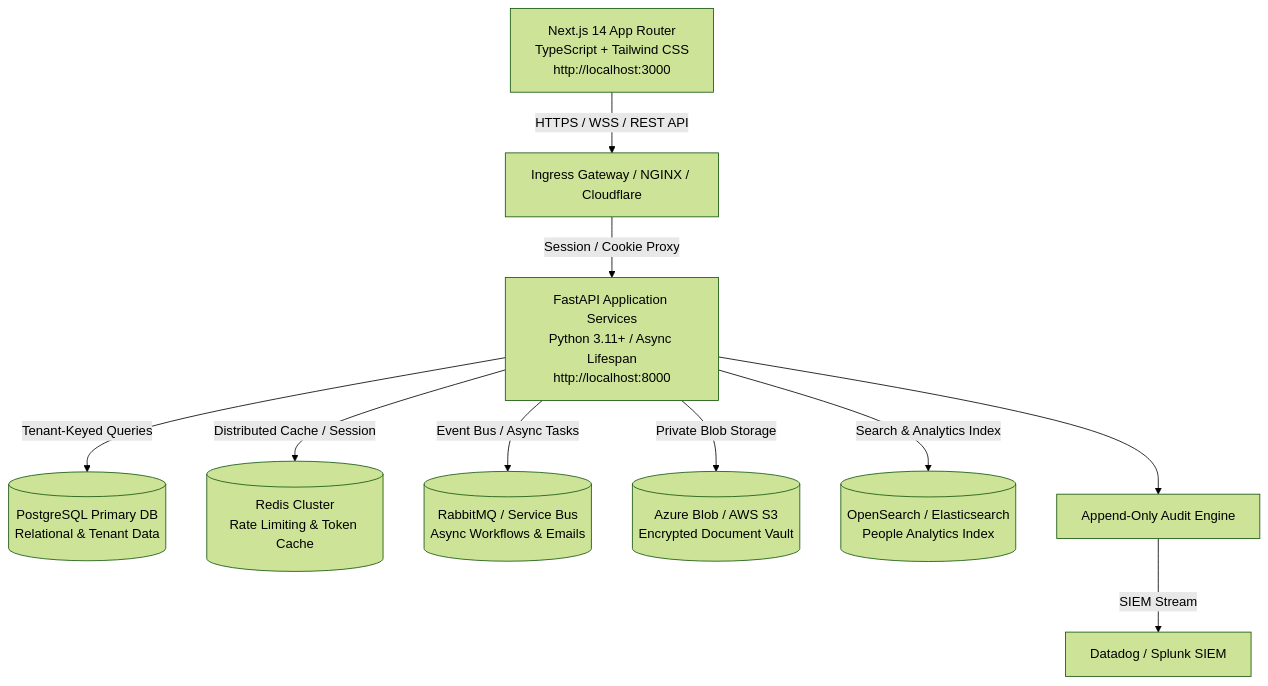
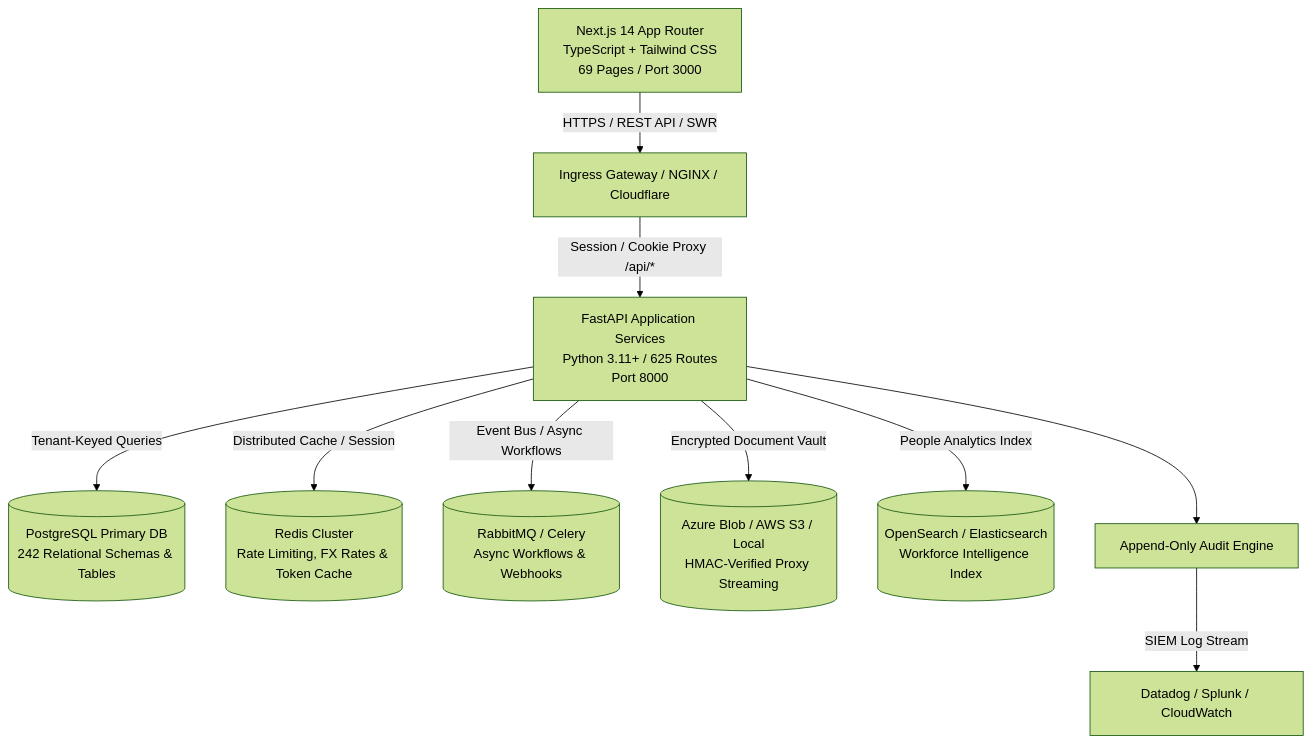
One commit to Raymonddinesh/zeramai-hr changed the first of 7 diagrams in ARCHITECTURE.md. Above: the diagram before and after it, drawn with Mermaid (forest theme). The commit also changed other lines of this file and 4 other files, not shown here.

Commit message:
Docs: Update system architecture specification, complete step-by-step operations guide, technical documentation, and release notes for v2.1.0

````diff
--- a/ARCHITECTURE.md
+++ b/ARCHITECTURE.md
@@ -14,14 +18,14 @@
 ```mermaid
 graph TD
-    Client[Next.js 14 App Router\nTypeScript + Tailwind CSS\nhttp://localhost:3000] -->|HTTPS / WSS / REST API| Ingress[Ingress Gateway / NGINX / Cloudflare]
-    Ingress -->|Session / Cookie Proxy| API[FastAPI Application Services\nPython 3.11+ / Async Lifespan\nhttp://localhost:8000]
+    Client[Next.js 14 App Router\nTypeScript + Tailwind CSS\n69 Pages / Port 3000] -->|HTTPS / REST API / SWR| Ingress[Ingress Gateway / NGINX / Cloudflare]
+    Ingress -->|Session / Cookie Proxy /api/*| API[FastAPI Application Services\nPython 3.11+ / 625 Routes\nPort 8000]
     
-    API -->|Tenant-Keyed Queries| DB[(PostgreSQL Primary DB\nRelational & Tenant Data)]
-    API -->|Distributed Cache / Session| Cache[(Redis Cluster\nRate Limiting & Token Cache)]
-    API -->|Event Bus / Async Tasks| Queue[(RabbitMQ / Service Bus\nAsync Workflows & Emails)]
-    API -->|Private Blob Storage| ObjectStore[(Azure Blob / AWS S3\nEncrypted Document Vault)]
-    API -->|Search & Analytics Index| Search[(OpenSearch / Elasticsearch\nPeople Analytics Index)]
+    API -->|Tenant-Keyed Queries| DB[(PostgreSQL Primary DB\n242 Relational Schemas & Tables)]
+    API -->|Distributed Cache / Session| Cache[(Redis Cluster\nRate Limiting, FX Rates & Token Cache)]
+    API -->|Event Bus / Async Workflows| Queue[(RabbitMQ / Celery\nAsync Workflows & Webhooks)]
+    API -->|Encrypted Document Vault| ObjectStore[(Azure Blob / AWS S3 / Local\nHMAC-Verified Proxy Streaming)]
+    API -->|People Analytics Index| Search[(OpenSearch / Elasticsearch\nWorkforce Intelligence Index)]
 
-    AuditEngine[Append-Only Audit Engine] -->|SIEM Stream| SIEM[Datadog / Splunk SIEM]
+    AuditEngine[Append-Only Audit Engine] -->|SIEM Log Stream| SIEM[Datadog / Splunk / CloudWatch]
     API --> AuditEngine
 ```
````
